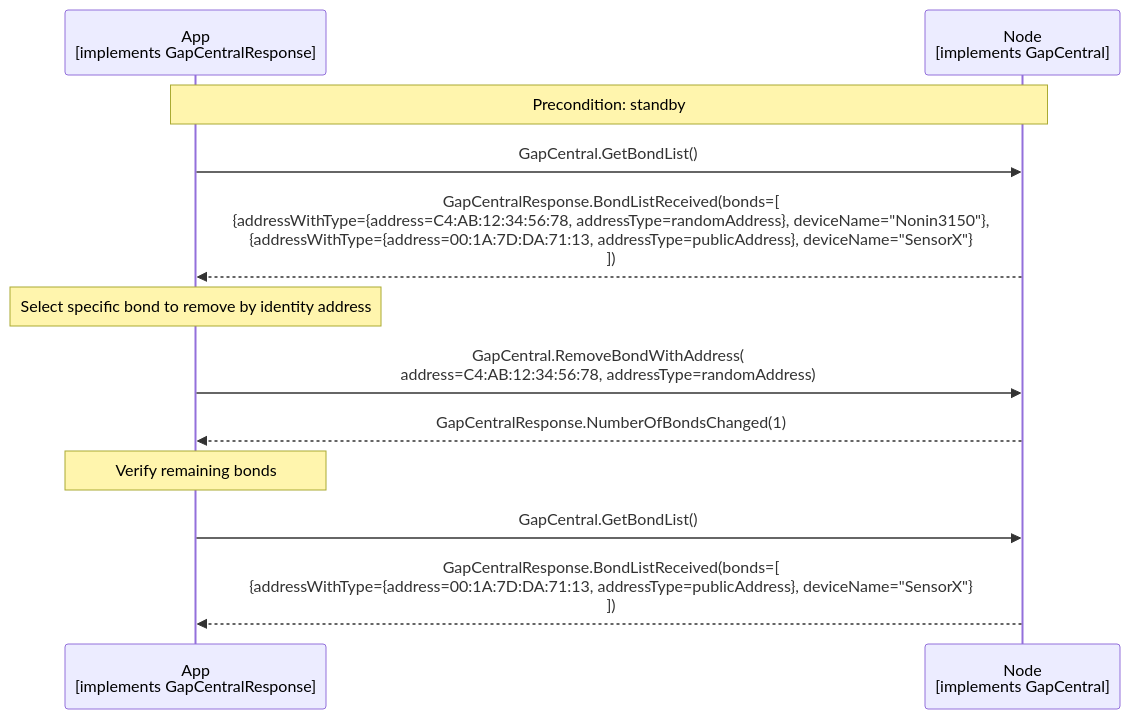
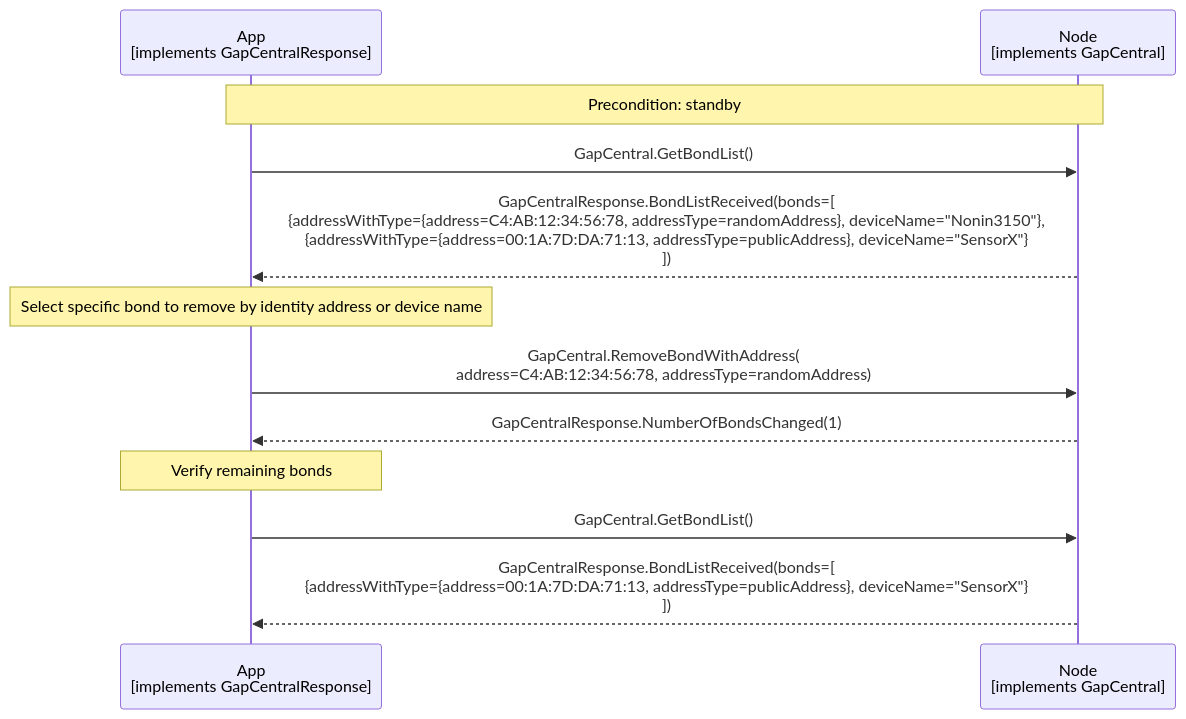
Before and after one commit to philips-software/amp-embedded-infra-lib: the diagram in documents/modules/ROOT/partials/echoservices/gap_central/GapCentral_SelectiveBondRemoval_sequence.mmd, drawn with Mermaid.

Commit message:
added that names now can also be used to remove bonds

```diff
--- a/documents/modules/ROOT/partials/echoservices/gap_central/GapCentral_SelectiveBondRemoval_sequence.mmd
+++ b/documents/modules/ROOT/partials/echoservices/gap_central/GapCentral_SelectiveBondRemoval_sequence.mmd
@@ -1,18 +1,18 @@
 sequenceDiagram
     participant App as App<br>[implements GapCentralResponse]
     participant Node as Node<br>[implements GapCentral]
 
     Note over App, Node: Precondition: standby
 
     App->>Node: GapCentral.GetBondList()
     Node-->>App: GapCentralResponse.BondListReceived(bonds=[<br>{addressWithType={address=C4:AB:12:34:56:78, addressType=randomAddress}, deviceName="Nonin3150"},<br>{addressWithType={address=00:1A:7D:DA:71:13, addressType=publicAddress}, deviceName="SensorX"}<br>])
 
-    Note over App: Select specific bond to remove by identity address
+    Note over App: Select specific bond to remove by identity address or device name 
 
     App->>Node: GapCentral.RemoveBondWithAddress(<br>address=C4:AB:12:34:56:78, addressType=randomAddress)
     Node-->>App: GapCentralResponse.NumberOfBondsChanged(1)
 
     Note over App: Verify remaining bonds
 
     App->>Node: GapCentral.GetBondList()
     Node-->>App: GapCentralResponse.BondListReceived(bonds=[<br>{addressWithType={address=00:1A:7D:DA:71:13, addressType=publicAddress}, deviceName="SensorX"}<br>])
```
